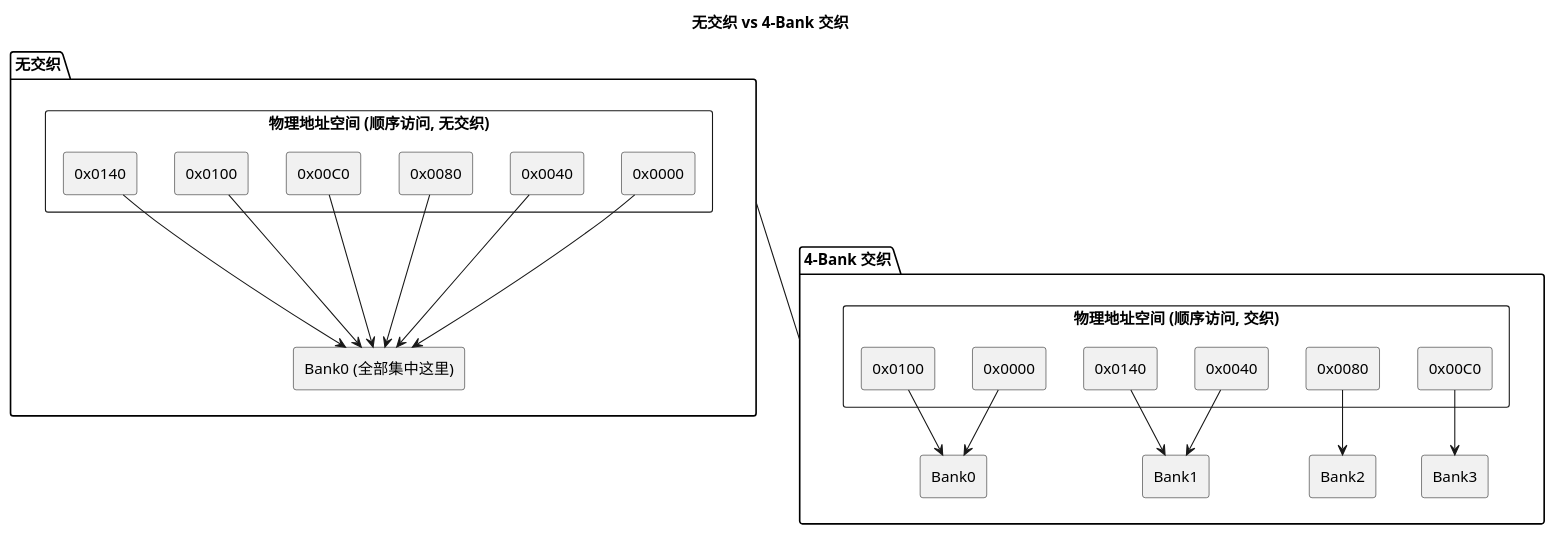
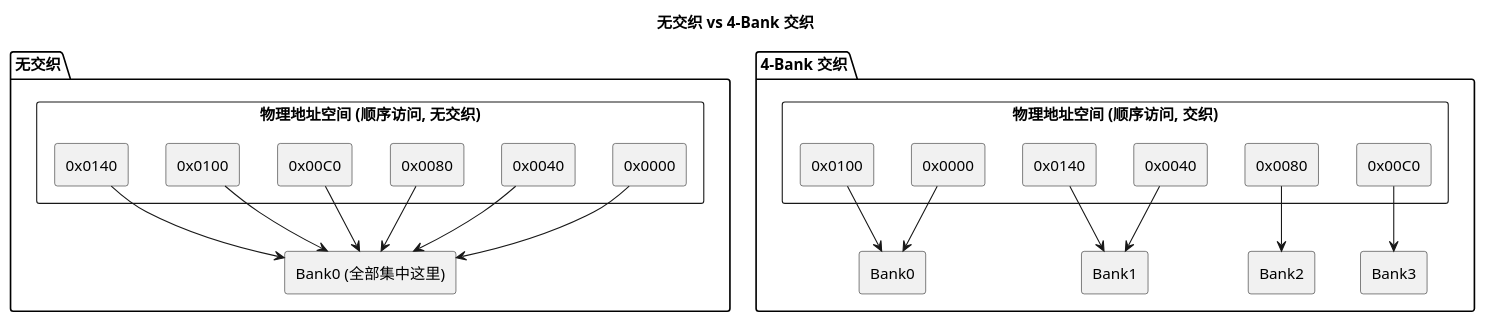
Before and after one commit to chaorancui/temp: the diagram in 计算机硬件架构相关.md, drawn with PlantUML.

````diff
--- a/计算机硬件架构相关.md
+++ b/计算机硬件架构相关.md
@@ -265,53 +265,52 @@
 ```plantuml
 @startuml
 top to bottom direction
 title 无交织 vs 4-Bank 交织
 
 ' ---------------- 无交织 ----------------
 package "无交织" {
   rectangle "物理地址空间 (顺序访问, 无交织)" {
     rectangle "0x0000" as U0
     rectangle "0x0040" as U1
     rectangle "0x0080" as U2
     rectangle "0x00C0" as U3
     rectangle "0x0100" as U4
     rectangle "0x0140" as U5
   }
 
   rectangle "Bank0 (全部集中这里)" as UB0
 
   U0 -down-> UB0
   U1 -down-> UB0
   U2 -down-> UB0
   U3 -down-> UB0
   U4 -down-> UB0
   U5 -down-> UB0
 }
 
 ' ---------------- 4-Bank 交织 ----------------
 package "4-Bank 交织" {
   rectangle "物理地址空间 (顺序访问, 交织)" {
     rectangle "0x0000" as I0
     rectangle "0x0040" as I1
     rectangle "0x0080" as I2
     rectangle "0x00C0" as I3
     rectangle "0x0100" as I4
     rectangle "0x0140" as I5
   }
 
   rectangle "Bank0" as IB0
   rectangle "Bank1" as IB1
   rectangle "Bank2" as IB2
   rectangle "Bank3" as IB3
 
   I0 -down-> IB0
   I1 -down-> IB1
   I2 -down-> IB2
   I3 -down-> IB3
   I4 -down-> IB0
   I5 -down-> IB1
 }
 
-"无交织" -down- "4-Bank 交织"
 @enduml
 ```
````
